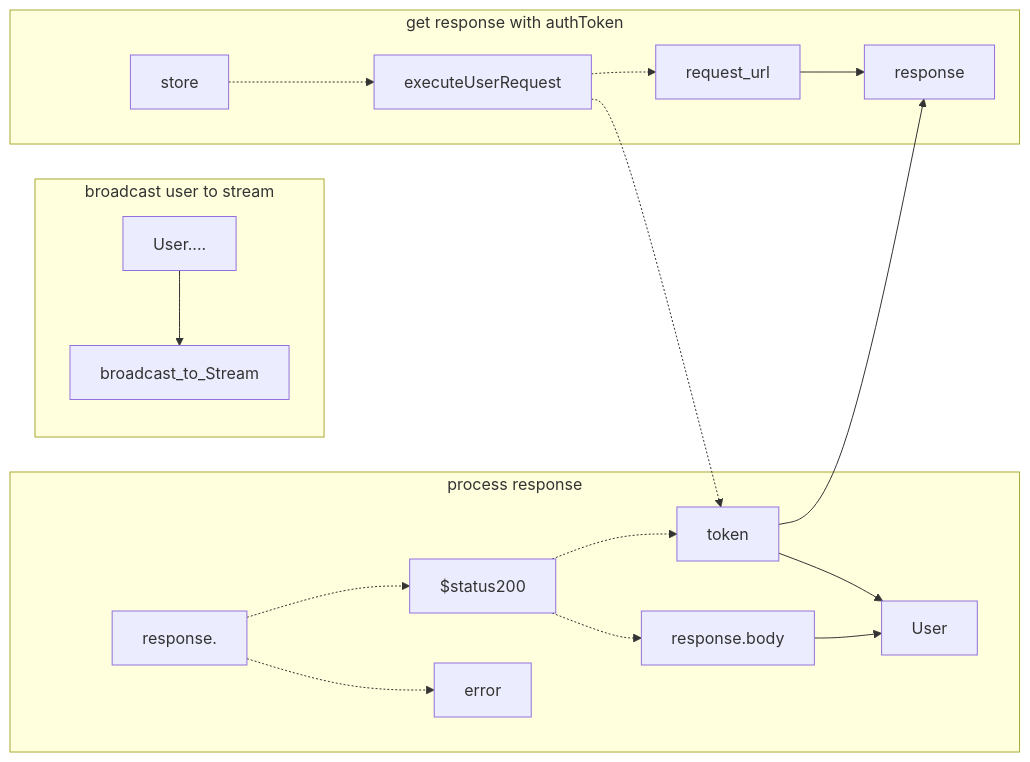
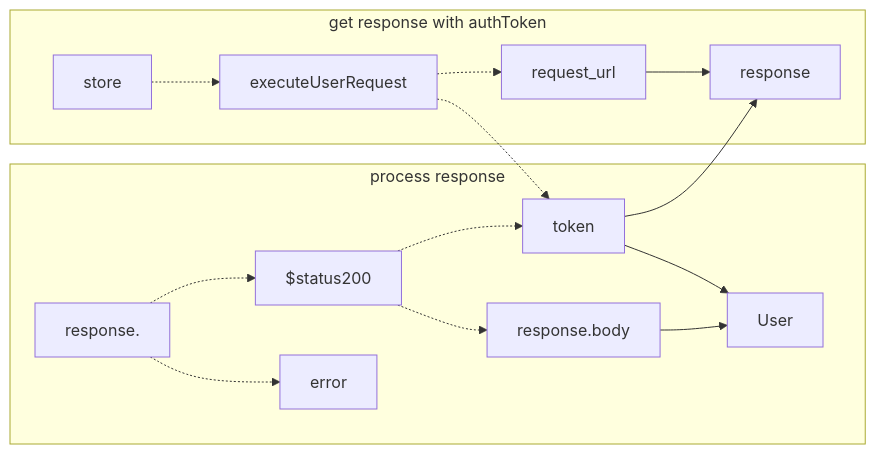
Before and after one commit to gordianknotC/nxp_note: diagram 12 of 14 in newage/astro.md, drawn with Mermaid. The commit also changed other lines of this file, not shown here.

Commit message:
newage/astro.md updated from https://stackedit.io/

````diff
--- a/newage/astro.md
+++ b/newage/astro.md
@@ -202,25 +202,19 @@
 ```mermaid
 graph LR
-
-subgraph broadcast user to stream
-	User.... --> broadcast_to_Stream
-end
 subgraph process response
 	response. -.-> $status200
 	response. -.-> error
 	$status200 -.-> response.body
 	$status200 -.-> token
 	token --> User
 	response.body --> User
 end
 
 subgraph get response with authToken
 	store -.-> executeUserRequest
 	executeUserRequest -.-> token
 	executeUserRequest -.-> request_url
 	token --> response
 	request_url --> response
 end
-
-
 ```
````
